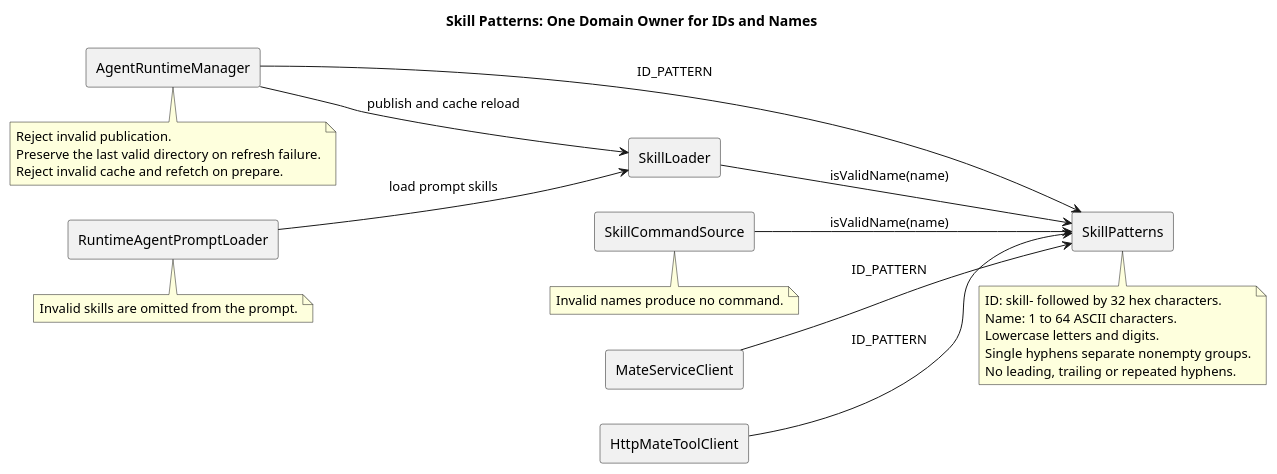
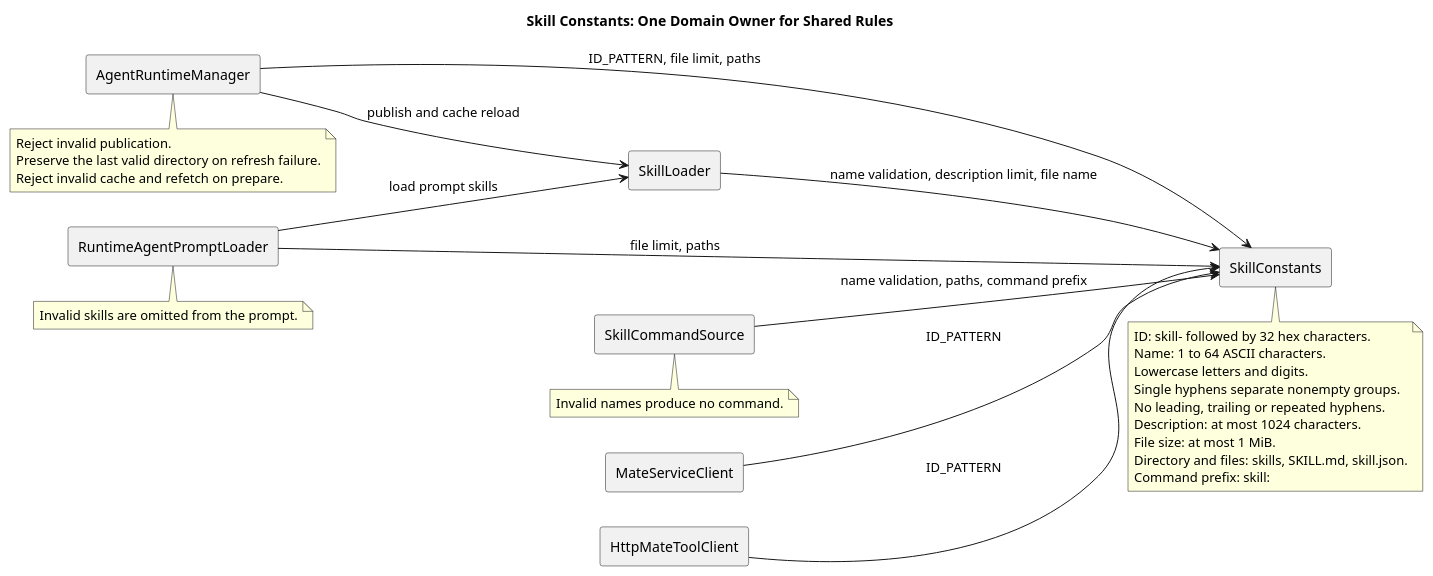
Before and after one commit to 2862282695gjh-afk/pi-mono-java: the diagram in docs/designs/skill-name-validation/diagram.puml, drawn with PlantUML. The commit also changed 25 other files, not shown here.

```diff
--- a/docs/designs/skill-name-validation/diagram.puml
+++ b/docs/designs/skill-name-validation/diagram.puml
@@ -1,52 +1,63 @@
 @startuml skill_name_validation
-title Skill Patterns: One Domain Owner for IDs and Names
+title Skill Constants: One Domain Owner for Shared Rules
 ' Source baseline: pi-mono-java@2c2092f2fa764a7aa7b47da841299f8866d7a151.
 ' Source evidence: modules/coding-agent-cli/src/main/java/com/campusclaw/codingagent/skill/SkillLoader.java validateName, loadFromFile.
 ' Source evidence: modules/coding-agent-cli/src/main/java/com/campusclaw/codingagent/skill/SkillNamePatterns.java LEGACY_REGEX, STRICT_REGEX.
 ' Source evidence: modules/coding-agent-cli/src/main/java/com/campusclaw/codingagent/runtime/AgentRuntimeManager.java requireSessionLoadable, writeSkills, loadSkill.
 ' Source evidence: modules/coding-agent-cli/src/main/java/com/campusclaw/codingagent/runtimeapi/agent/RuntimeAgentPromptLoader.java loadSkill.
 ' Source evidence: modules/coding-agent-cli/src/main/java/com/campusclaw/codingagent/runtimeapi/service/command/SkillCommandSource.java resolved.
 ' Observed behavior: the baseline loads names with invalid hyphens but excludes them from command discovery.
 ' Follow-up baseline: pi-mono-java@cf4f929af2d407d3673bfabac0c311831fb570c7.
 ' Source evidence: modules/coding-agent-cli/src/main/java/com/campusclaw/codingagent/common/identifier/ResourceIdentifierPatterns.java SKILL_ID_REGEX, SKILL_ID_PATTERN.
 ' Source evidence: modules/coding-agent-cli/src/main/java/com/campusclaw/codingagent/runtime/MateServiceClient.java querySkillInfo.
 ' Source evidence: modules/coding-agent-cli/src/main/java/com/campusclaw/codingagent/common/client/HttpMateToolClient.java listSkillTools.
-' Architecture change: move Skill ID and name definitions into skill/SkillPatterns; remove old definitions and aliases.
-' Target product constraint: remove invalid-name compatibility; SkillPatterns owns NAME_REGEX, NAME_PATTERN and isValidName.
+' Constant ownership baseline: pi-mono-java@c0e2915230e73f626a5ede99f0fc3b3412bbff0b.
+' Source evidence: modules/coding-agent-cli/src/main/java/com/campusclaw/codingagent/skill/Skill.java MAX_DESCRIPTION_LENGTH, MAX_FILE_BYTES.
+' Source evidence: modules/coding-agent-cli/src/main/java/com/campusclaw/codingagent/skill/SkillPatterns.java MAX_NAME_LENGTH, ID_PATTERN, NAME_PATTERN.
+' Source evidence: modules/coding-agent-cli/src/main/java/com/campusclaw/codingagent/skill/SkillLoader.java SKILL_FILENAME.
+' Source evidence: modules/coding-agent-cli/src/main/java/com/campusclaw/codingagent/runtime/AgentRuntimeManager.java SKILL_FILE, SKILL_MANIFEST_FILE.
+' Source evidence: modules/coding-agent-cli/src/main/java/com/campusclaw/codingagent/runtimeapi/service/command/SkillCommandSource.java COMMAND_PREFIX, SKILL_MARKDOWN_FILE.
+' Architecture change: SkillConstants owns patterns, shared limits, directory and file names, and command prefix; Skill carries data only.
+' Target product constraint: remove invalid-name compatibility; SkillConstants owns NAME_REGEX, NAME_PATTERN and isValidName.
 ' Design reason: one accepted name set prevents inconsistent loading and discovery without renaming resource identities.
 skinparam shadowing false
 skinparam componentStyle rectangle
 left to right direction
 component AgentRuntimeManager as Runtime
 component RuntimeAgentPromptLoader as Prompt
 component SkillLoader as Loader
 component SkillCommandSource as Commands
-component SkillPatterns as Patterns
+component SkillConstants as Constants
 component MateServiceClient as MetadataClient
 component HttpMateToolClient as ToolClient
 Runtime --> Loader : publish and cache reload
 Prompt --> Loader : load prompt skills
-Loader --> Patterns : isValidName(name)
-Commands --> Patterns : isValidName(name)
-Runtime --> Patterns : ID_PATTERN
-MetadataClient --> Patterns : ID_PATTERN
-ToolClient --> Patterns : ID_PATTERN
-note bottom of Patterns
+Loader --> Constants : name validation, description limit, file name
+Commands --> Constants : name validation, paths, command prefix
+Runtime --> Constants : ID_PATTERN, file limit, paths
+Prompt --> Constants : file limit, paths
+MetadataClient --> Constants : ID_PATTERN
+ToolClient --> Constants : ID_PATTERN
+note bottom of Constants
 ID: skill- followed by 32 hex characters.
 Name: 1 to 64 ASCII characters.
 Lowercase letters and digits.
 Single hyphens separate nonempty groups.
 No leading, trailing or repeated hyphens.
+Description: at most 1024 characters.
+File size: at most 1 MiB.
+Directory and files: skills, SKILL.md, skill.json.
+Command prefix: skill:
 end note
 note bottom of Runtime
 Reject invalid publication.
 Preserve the last valid directory on refresh failure.
 Reject invalid cache and refetch on prepare.
 end note
 note bottom of Prompt
 Invalid skills are omitted from the prompt.
 end note
 note bottom of Commands
 Invalid names produce no command.
 end note
 @enduml
```
